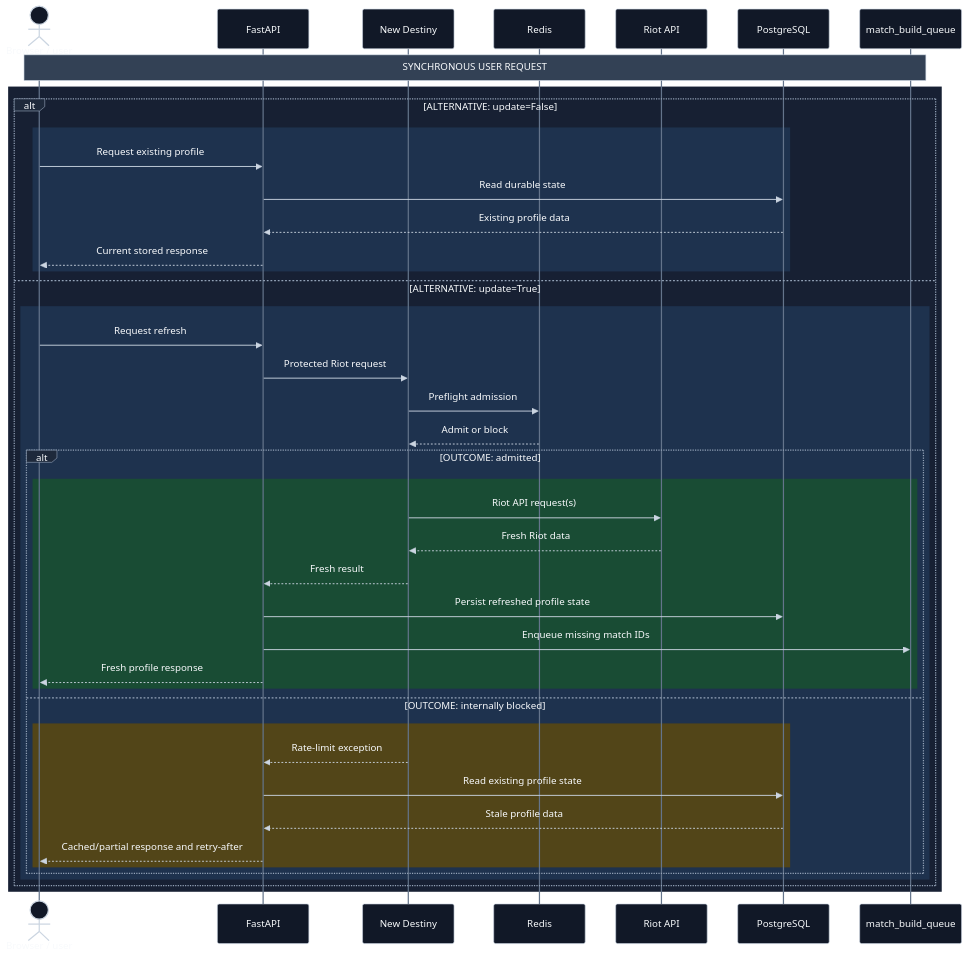
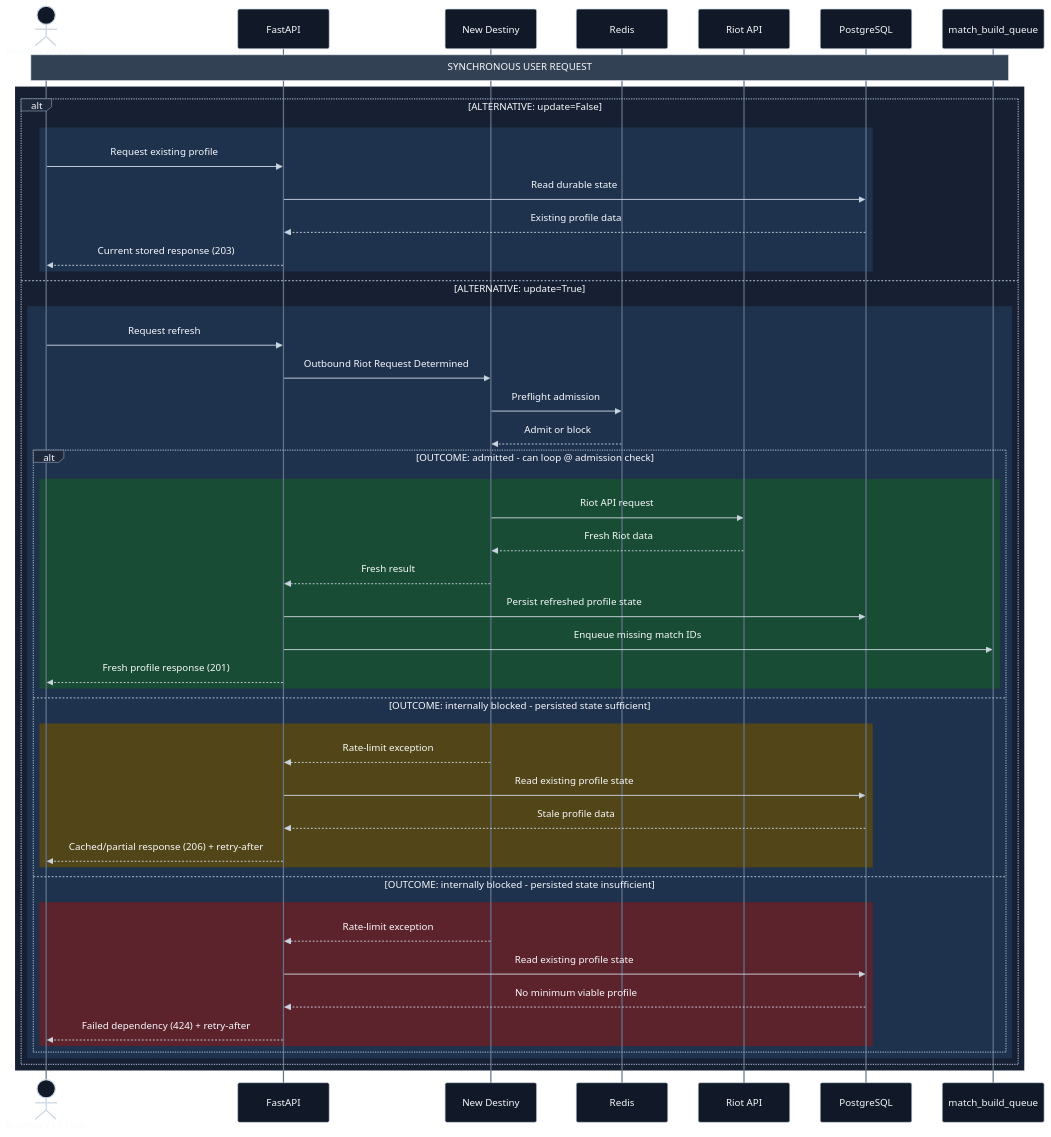
The third of 5 diagrams in docs/backend-runtime.md (winrates-gg/wrgg-public-documentation), drawn with Mermaid before and after one commit. The commit also changed other lines of this file, not shown here.

Commit message:
Good down to the sync api flow

````diff
--- a/docs/backend-runtime.md
+++ b/docs/backend-runtime.md
@@ -97,48 +183,55 @@
 ```mermaid
 %%{init: {"theme": "base", "themeVariables": {"background": "#0f172a", "primaryColor": "#172033", "primaryTextColor": "#f8fafc", "primaryBorderColor": "#94a3b8", "lineColor": "#cbd5e1", "actorBkg": "#111827", "actorBorder": "#cbd5e1", "actorTextColor": "#f8fafc", "actorLineColor": "#64748b", "signalColor": "#cbd5e1", "signalTextColor": "#f8fafc", "labelBoxBkgColor": "#1e293b", "labelBoxBorderColor": "#94a3b8", "labelTextColor": "#f8fafc", "noteBkgColor": "#334155", "noteBorderColor": "#cbd5e1", "noteTextColor": "#f8fafc"}}}%%
 sequenceDiagram
-    actor User as Browser / user
+    actor User as Browser / UI User
     participant API as FastAPI
     participant ND as New Destiny
     participant Redis as Redis
     participant Riot as Riot API
     participant DB as PostgreSQL
     participant Queue as match_build_queue
 
     Note over User,Queue: SYNCHRONOUS USER REQUEST
     rect rgb(23, 32, 51)
         alt ALTERNATIVE: update=False
             rect rgb(30, 50, 78)
                 User->>API: Request existing profile
                 API->>DB: Read durable state
                 DB-->>API: Existing profile data
-                API-->>User: Current stored response
+                API-->>User: Current stored response (203)
             end
         else ALTERNATIVE: update=True
             rect rgb(30, 50, 78)
                 User->>API: Request refresh
-                API->>ND: Protected Riot request
+                API->>ND: Outbound Riot Request Determined
                 ND->>Redis: Preflight admission
                 Redis-->>ND: Admit or block
 
-                alt OUTCOME: admitted
+                alt OUTCOME: admitted - can loop @ admission check
                     rect rgb(25, 76, 52)
-                        ND->>Riot: Riot API request(s)
+                        ND->>Riot: Riot API request
                         Riot-->>ND: Fresh Riot data
                         ND-->>API: Fresh result
                         API->>DB: Persist refreshed profile state
                         API->>Queue: Enqueue missing match IDs
-                        API-->>User: Fresh profile response
+                        API-->>User: Fresh profile response (201)
                     end
-                else OUTCOME: internally blocked
+                else OUTCOME: internally blocked - persisted state sufficient
                     rect rgb(82, 69, 24)
                         ND-->>API: Rate-limit exception
                         API->>DB: Read existing profile state
                         DB-->>API: Stale profile data
-                        API-->>User: Cached/partial response and retry-after
+                        API-->>User: Cached/partial response (206) + retry-after
+                    end
+                else OUTCOME: internally blocked - persisted state insufficient
+                    rect rgb(92, 35, 45)
+                        ND-->>API: Rate-limit exception
+                        API->>DB: Read existing profile state
+                        DB-->>API: No minimum viable profile
+                        API-->>User: Failed dependency (424) + retry-after
                     end
                 end
             end
         end
     end
 ```
````
